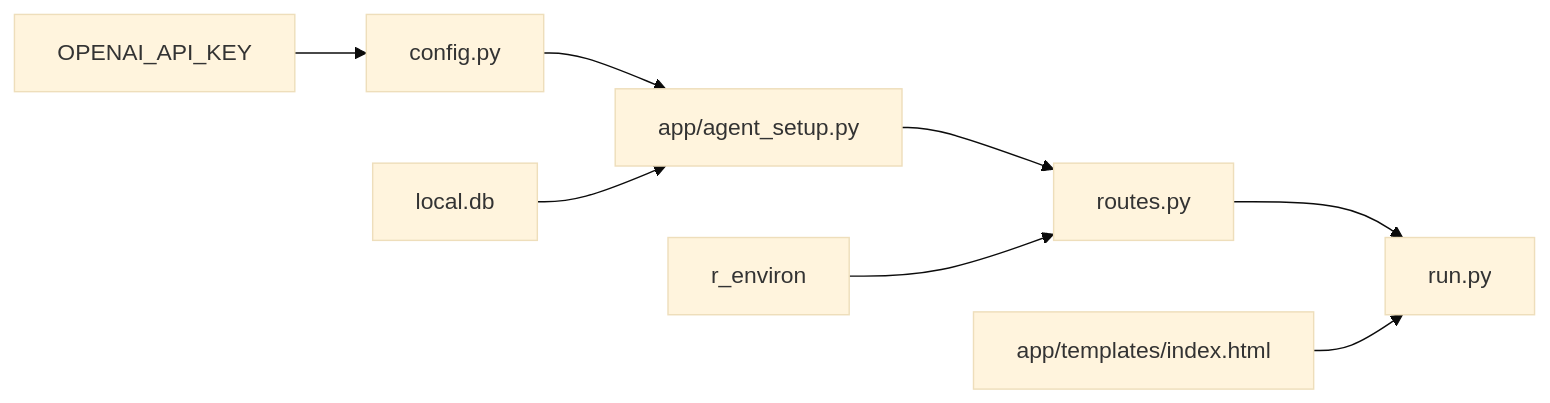
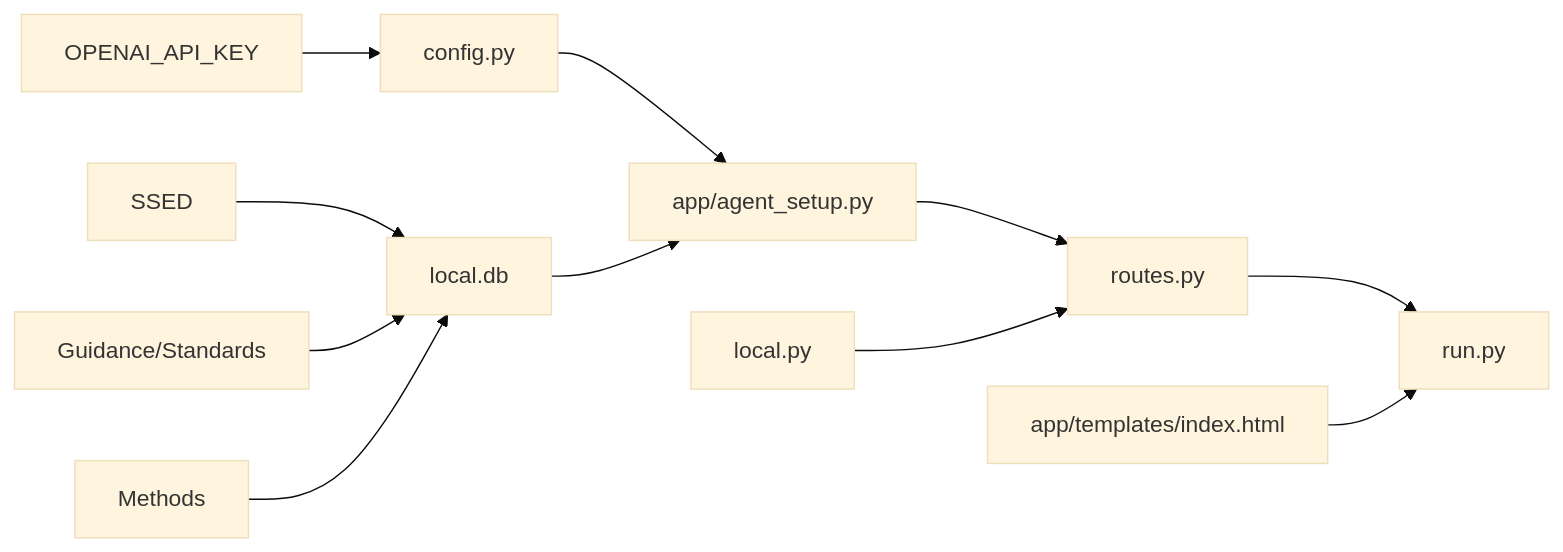
One commit to DadongZ/VistaAI changed the diagram in README.md. Above: the diagram before and after it, drawn with Mermaid (base theme).

Commit message:
update routes

````diff
--- a/README.md
+++ b/README.md
@@ -9,10 +9,15 @@
 ```mermaid
 graph LR
   routes_py["routes.py"] --> run["run.py"]
   index_html["app/templates/index.html"] --> run["run.py"]
   agent_setup_py["app/agent_setup.py"] --> routes_py
-  r["r_environ"] --> routes_py
+  local.fun["local.py"] --> routes_py
   config_py["config.py"] --> agent_setup_py
   KEY["OPENAI_API_KEY"] --> config_py
   local["local.db"] --> agent_setup_py
+  ssed["SSED"] --> local
+  reg["Guidance/Standards"] --> local
+  methods["Methods"] --> local
+
+
 ```
````
